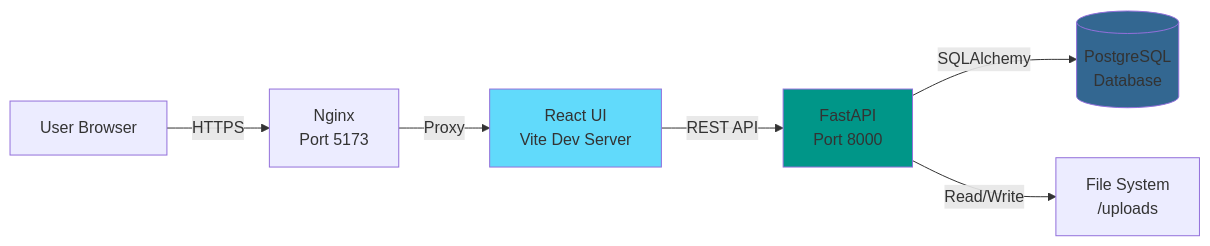
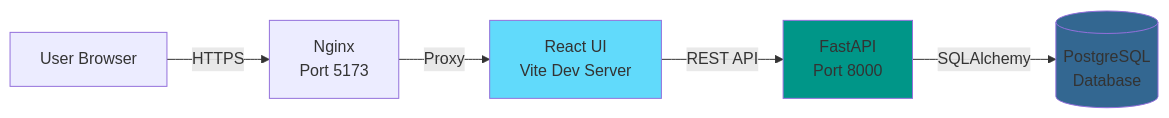
Before and after one commit to dartmouth/genji-lab: the second of 2 diagrams in README.md, drawn with Mermaid. The commit also changed other lines of this file, not shown here.

Commit message:
Fixed Mermaid diagram layout

````diff
--- a/README.md
+++ b/README.md
@@ -86,12 +82,11 @@
 ```mermaid
 flowchart LR
     User[User Browser] -->|HTTPS| Nginx[Nginx<br/>Port 5173]
     Nginx -->|Proxy| React[React UI<br/>Vite Dev Server]
     React -->|REST API| FastAPI[FastAPI<br/>Port 8000]
     FastAPI -->|SQLAlchemy| PostgreSQL[(PostgreSQL<br/>Database)]
-    FastAPI -->|Read/Write| Files[File System<br/>/uploads]
     
     style React fill:#61dafb
     style FastAPI fill:#009688
     style PostgreSQL fill:#336791
 ```
````
